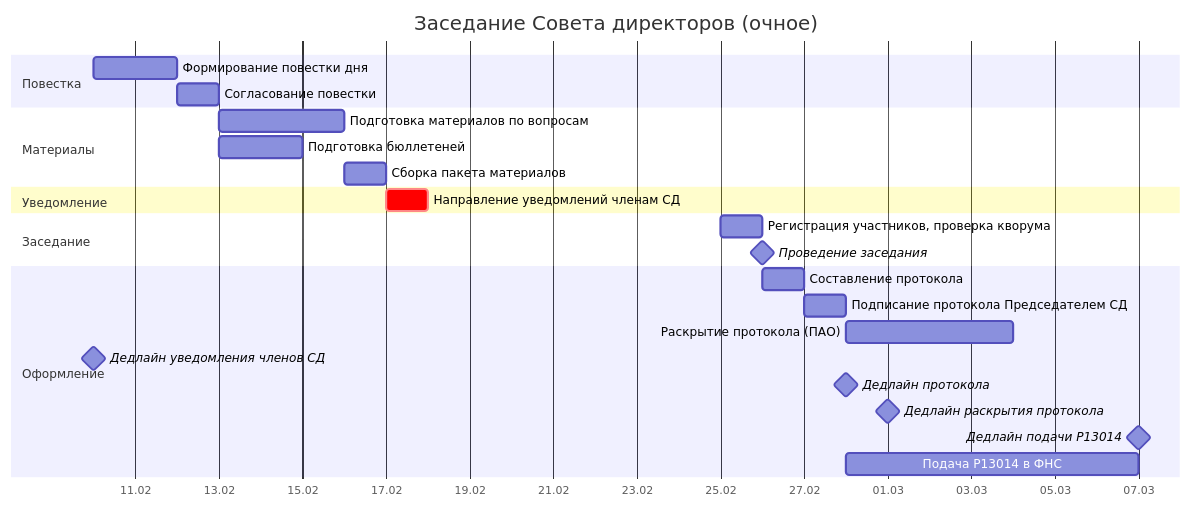
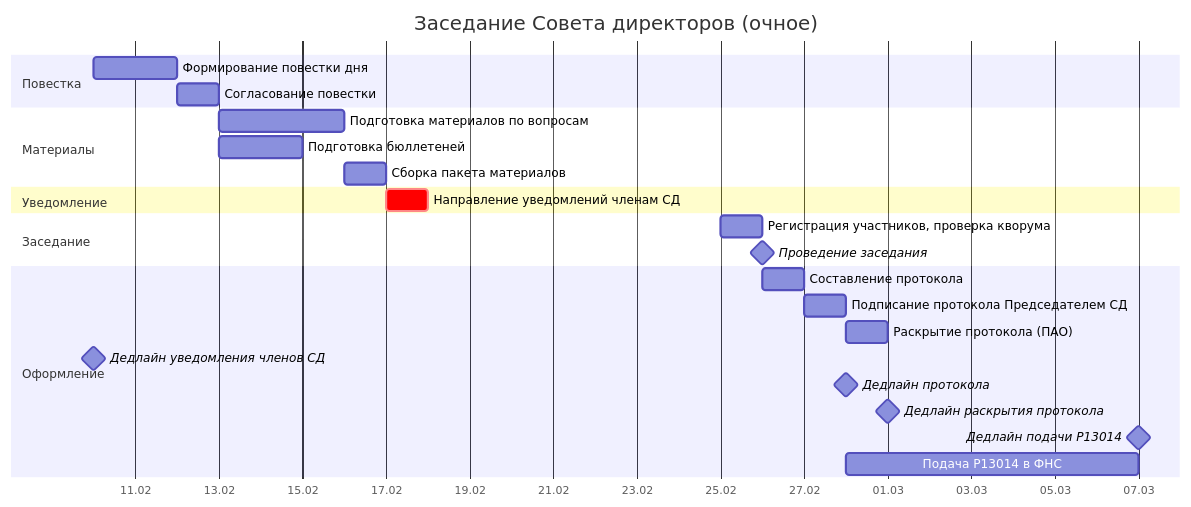
The first of 2 diagrams in docs/domain/bod-gantt.md (arsenyuk/SamorodinkaTech.Fiducia), drawn with Mermaid before and after one commit. The commit also changed other lines of this file and 1 other file, not shown here.

First line of the commit message:
docs(gantt): fix milestone table structure and add FS-only date rule

````diff
--- a/docs/domain/bod-gantt.md
+++ b/docs/domain/bod-gantt.md
@@ -111,32 +146,32 @@
 ```mermaid
 gantt
     title Заседание Совета директоров (очное)
     dateFormat  YYYY-MM-DD
     axisFormat  %d.%m
 
     section Повестка
     Формирование повестки дня               :p1, 2026-02-10, 2d
     Согласование повестки                   :p2, after p1, 1d
 
     section Материалы
     Подготовка материалов по вопросам        :p3, after p2, 3d
     Подготовка бюллетеней                    :b1, after p2, 2d
-    Сборка пакета материалов                 :p4, after p3 b1, 1d
+    Сборка пакета материалов                 :p4, after p3 after b1, 1d
 
     section Уведомление
     Направление уведомлений членам СД        :crit, u1, after p4, 1d
 
     section Заседание
     Регистрация участников, проверка кворума :zs1, 2026-02-25, 1d
     Проведение заседания                     :milestone, zs2, after zs1, 0d
 
     section Оформление
     Составление протокола                    :pr1, after zs2, 1d
     Подписание протокола Председателем СД    :pr2, after pr1, 1d
-    Раскрытие протокола (ПАО)               :pr3, after pr2, 4d
+    Раскрытие протокола (ПАО)               :pr3, after pr2, 1d
     Дедлайн уведомления членов СД            :milestone, kv1, 2026-02-10, 0d
     Дедлайн протокола                        :milestone, kv2, 2026-02-28, 0d
     Дедлайн раскрытия протокола              :milestone, kv3, 2026-03-01, 0d
     Дедлайн подачи Р13014                    :milestone, kv4, 2026-03-07, 0d
     Подача Р13014 в ФНС                     :os6, after pr2, 7d
 ```
````
